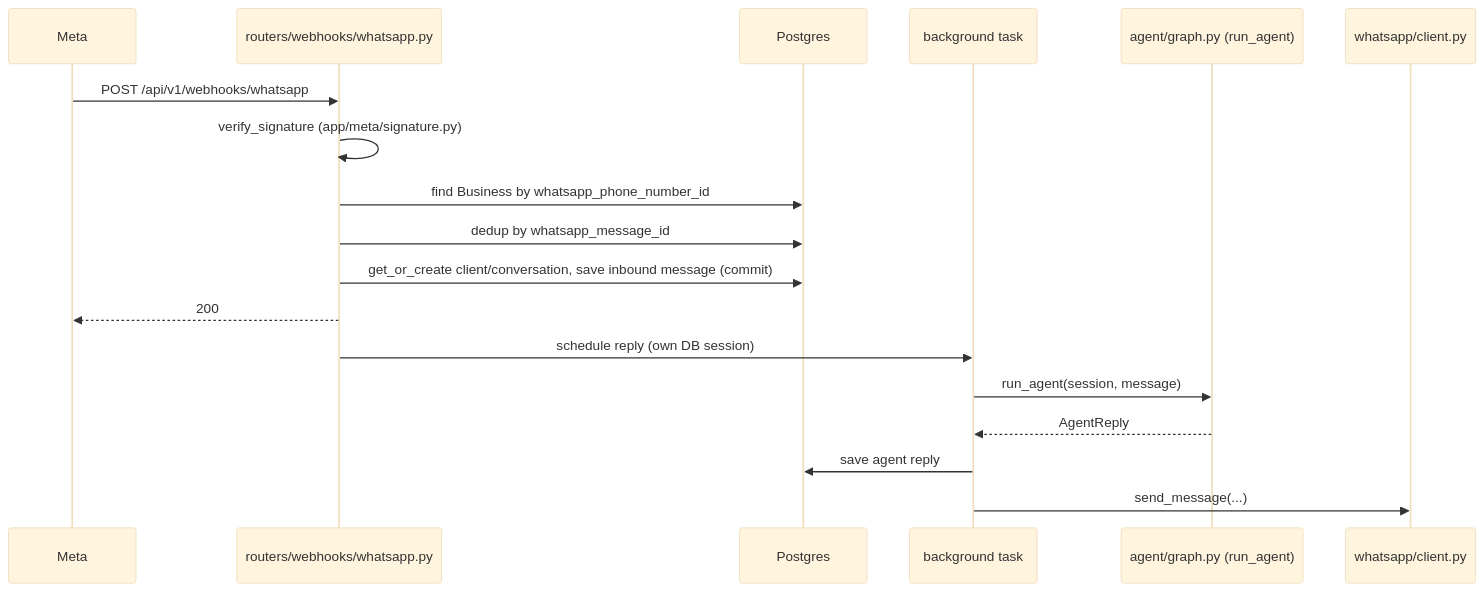
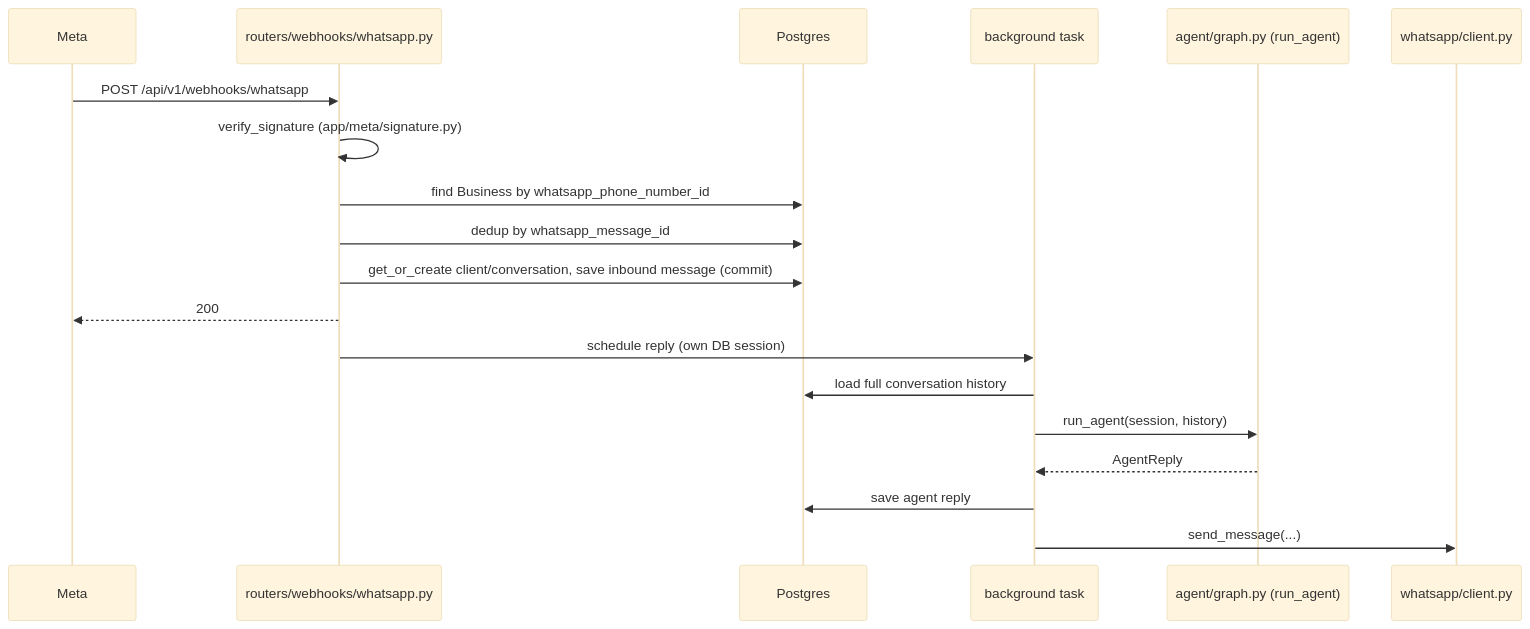
The third of 3 diagrams in docs/ARCHITECTURE.md (amineaiba/Quotify), drawn with Mermaid (base theme) before and after one commit. The commit also changed other lines of this file and 10 other files, not shown here.

Commit message:
Agent: multi-turn conversation history

````diff
--- a/docs/ARCHITECTURE.md
+++ b/docs/ARCHITECTURE.md
@@ -147,21 +159,22 @@
 ```mermaid
 sequenceDiagram
     participant Meta
     participant R as routers/webhooks/whatsapp.py
     participant DB as Postgres
     participant BG as background task
     participant L as agent/graph.py (run_agent)
     participant W as whatsapp/client.py
 
     Meta->>R: POST /api/v1/webhooks/whatsapp
     R->>R: verify_signature (app/meta/signature.py)
     R->>DB: find Business by whatsapp_phone_number_id
     R->>DB: dedup by whatsapp_message_id
     R->>DB: get_or_create client/conversation, save inbound message (commit)
     R-->>Meta: 200
     R->>BG: schedule reply (own DB session)
-    BG->>L: run_agent(session, message)
+    BG->>DB: load full conversation history
+    BG->>L: run_agent(session, history)
     L-->>BG: AgentReply
     BG->>DB: save agent reply
     BG->>W: send_message(...)
 ```
````
